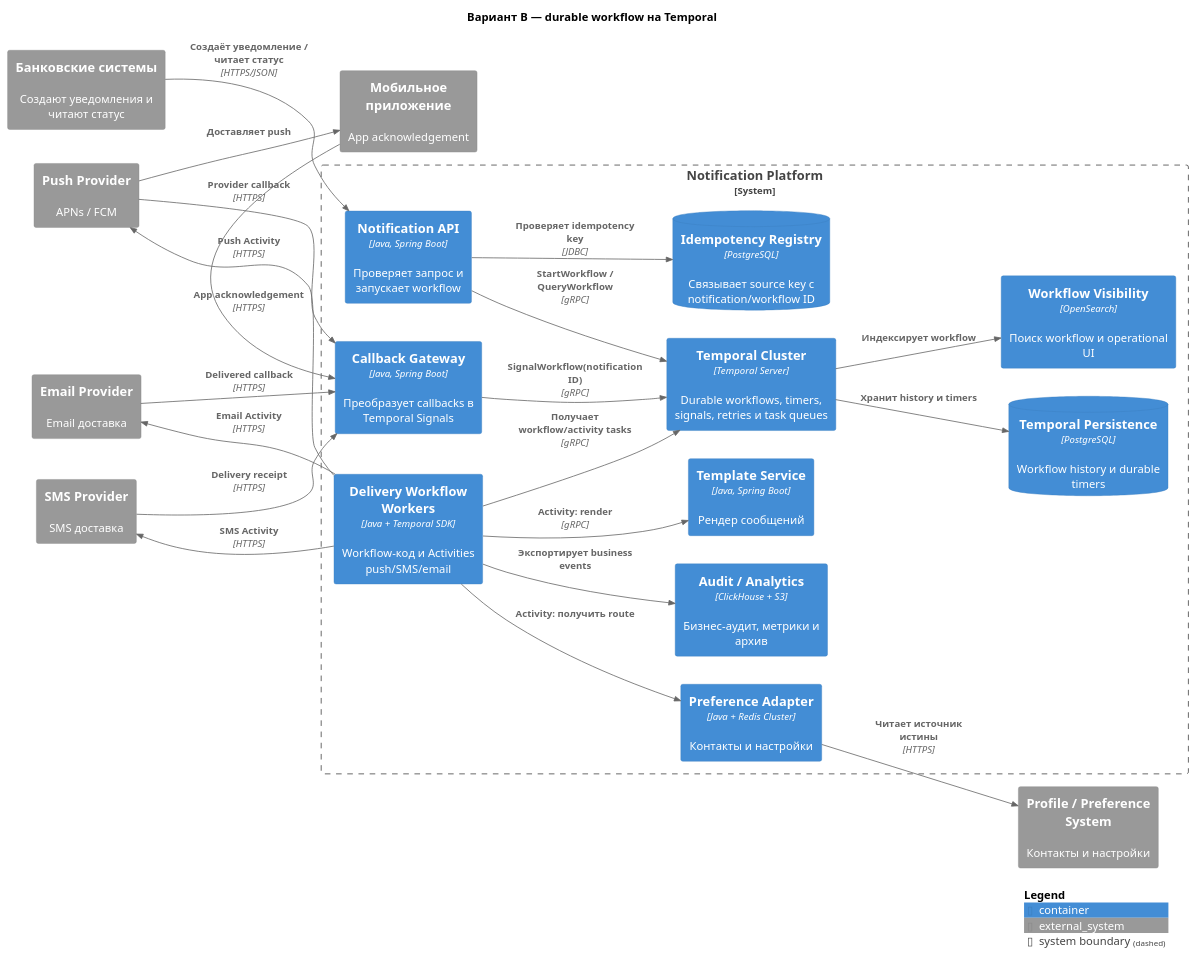
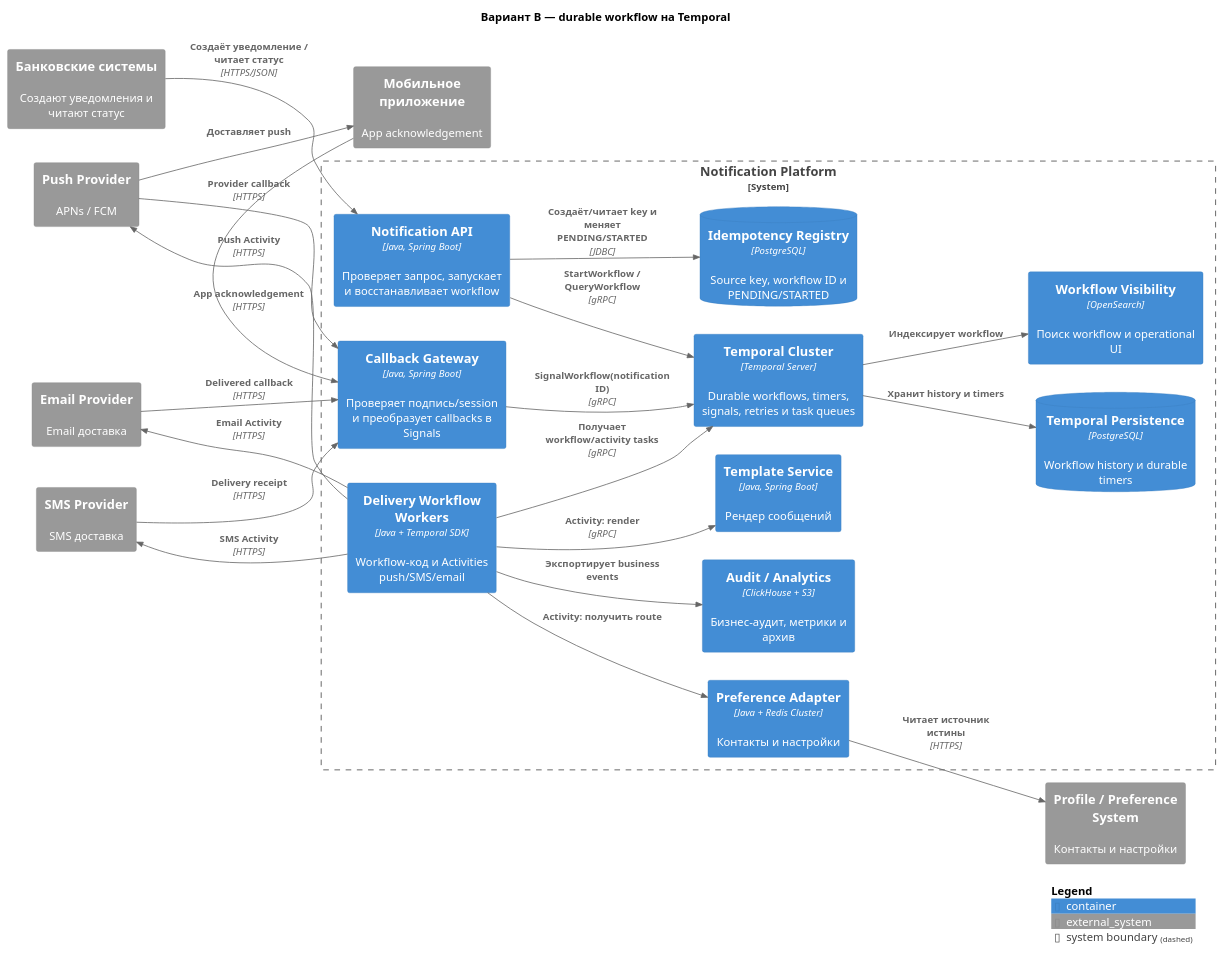
One commit to ItsBelyaev/notification-platform-homework changed the diagram in diagrams/c4-option-b.puml. Above: the diagram before and after it, drawn with PlantUML. The commit also changed 7 other files, not shown here.

Commit message:
Fix notification architecture consistency

```diff
--- a/diagrams/c4-option-b.puml
+++ b/diagrams/c4-option-b.puml
@@ -1,48 +1,48 @@
 @startuml
-!includeurl https://raw.githubusercontent.com/plantuml-stdlib/C4-PlantUML/master/C4_Container.puml
+!includeurl https://raw.githubusercontent.com/plantuml-stdlib/C4-PlantUML/f998c46833daac592f3283ff08d7b8cd7e1558fb/C4_Container.puml
 
 title Вариант B — durable workflow на Temporal
 LAYOUT_LEFT_RIGHT()
 
 System_Ext(source, "Банковские системы", "Создают уведомления и читают статус")
 System_Ext(profile, "Profile / Preference System", "Контакты и настройки")
 System_Ext(pushProvider, "Push Provider", "APNs / FCM")
 System_Ext(smsProvider, "SMS Provider", "SMS доставка")
 System_Ext(emailProvider, "Email Provider", "Email доставка")
 System_Ext(mobile, "Мобильное приложение", "App acknowledgement")
 
 System_Boundary(platform, "Notification Platform") {
-  Container(api, "Notification API", "Java, Spring Boot", "Проверяет запрос и запускает workflow")
-  ContainerDb(registry, "Idempotency Registry", "PostgreSQL", "Связывает source key с notification/workflow ID")
+  Container(api, "Notification API", "Java, Spring Boot", "Проверяет запрос, запускает и восстанавливает workflow")
+  ContainerDb(registry, "Idempotency Registry", "PostgreSQL", "Source key, workflow ID и PENDING/STARTED")
   Container(temporal, "Temporal Cluster", "Temporal Server", "Durable workflows, timers, signals, retries и task queues")
   ContainerDb(temporalDb, "Temporal Persistence", "PostgreSQL", "Workflow history и durable timers")
   Container(visibility, "Workflow Visibility", "OpenSearch", "Поиск workflow и operational UI")
   Container(workers, "Delivery Workflow Workers", "Java + Temporal SDK", "Workflow-код и Activities push/SMS/email")
   Container(preferences, "Preference Adapter", "Java + Redis Cluster", "Контакты и настройки")
   Container(templates, "Template Service", "Java, Spring Boot", "Рендер сообщений")
-  Container(callback, "Callback Gateway", "Java, Spring Boot", "Преобразует callbacks в Temporal Signals")
+  Container(callback, "Callback Gateway", "Java, Spring Boot", "Проверяет подпись/session и преобразует callbacks в Signals")
   Container(audit, "Audit / Analytics", "ClickHouse + S3", "Бизнес-аудит, метрики и архив")
 }
 
 Rel(source, api, "Создаёт уведомление / читает статус", "HTTPS/JSON")
-Rel(api, registry, "Проверяет idempotency key", "JDBC")
+Rel(api, registry, "Создаёт/читает key и меняет PENDING/STARTED", "JDBC")
 Rel(api, temporal, "StartWorkflow / QueryWorkflow", "gRPC")
 Rel(temporal, temporalDb, "Хранит history и timers")
 Rel(temporal, visibility, "Индексирует workflow")
 Rel(workers, temporal, "Получает workflow/activity tasks", "gRPC")
 Rel(workers, preferences, "Activity: получить route")
 Rel(preferences, profile, "Читает источник истины", "HTTPS")
 Rel(workers, templates, "Activity: render", "gRPC")
 Rel(workers, pushProvider, "Push Activity", "HTTPS")
 Rel(workers, smsProvider, "SMS Activity", "HTTPS")
 Rel(workers, emailProvider, "Email Activity", "HTTPS")
 Rel(pushProvider, mobile, "Доставляет push")
 Rel(mobile, callback, "App acknowledgement", "HTTPS")
 Rel(pushProvider, callback, "Provider callback", "HTTPS")
 Rel(smsProvider, callback, "Delivery receipt", "HTTPS")
 Rel(emailProvider, callback, "Delivered callback", "HTTPS")
 Rel(callback, temporal, "SignalWorkflow(notification ID)", "gRPC")
 Rel(workers, audit, "Экспортирует business events")
 
 SHOW_LEGEND()
 @enduml
```
